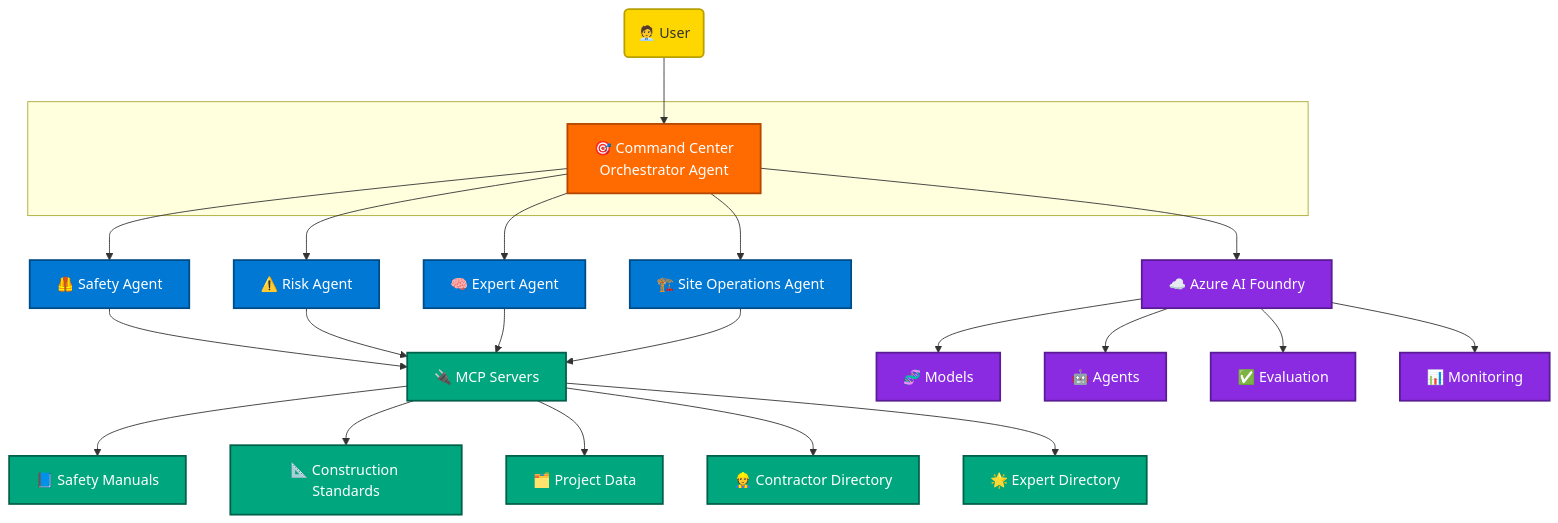
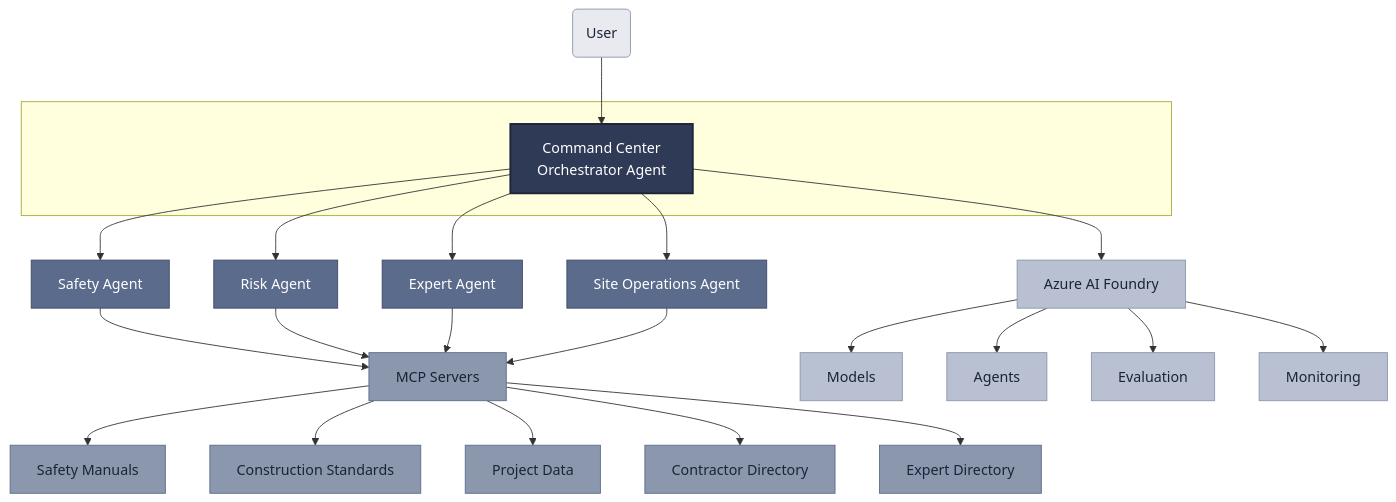
Before and after one commit to julietrajan/GitHub-Copilot-Innovation-Challenge: the diagram in readme.md, drawn with Mermaid. The commit also changed other lines of this file, not shown here.

````diff
--- a/readme.md
+++ b/readme.md
@@ -154,42 +150,42 @@
 ```mermaid
 flowchart TD
-    User("🧑‍💼 User") --> Orchestrator
+    User("User") --> Orchestrator
 
     subgraph Orchestration[" "]
-        Orchestrator["🎯 Command Center<br/>Orchestrator Agent"]
+        Orchestrator["Command Center<br/>Orchestrator Agent"]
     end
 
-    Orchestrator --> Safety["🦺 Safety Agent"]
-    Orchestrator --> Risk["⚠️ Risk Agent"]
-    Orchestrator --> Expert["🧠 Expert Agent"]
-    Orchestrator --> SiteOps["🏗️ Site Operations Agent"]
+    Orchestrator --> Safety["Safety Agent"]
+    Orchestrator --> Risk["Risk Agent"]
+    Orchestrator --> Expert["Expert Agent"]
+    Orchestrator --> SiteOps["Site Operations Agent"]
 
-    Safety --> MCP["🔌 MCP Servers"]
+    Safety --> MCP["MCP Servers"]
     Risk --> MCP
     Expert --> MCP
     SiteOps --> MCP
 
-    MCP --> Manuals["📘 Safety Manuals"]
-    MCP --> Standards["📐 Construction Standards"]
-    MCP --> ProjectData["🗂️ Project Data"]
-    MCP --> Contractors["👷 Contractor Directory"]
-    MCP --> Experts["🌟 Expert Directory"]
+    MCP --> Manuals["Safety Manuals"]
+    MCP --> Standards["Construction Standards"]
+    MCP --> ProjectData["Project Data"]
+    MCP --> Contractors["Contractor Directory"]
+    MCP --> Experts["Expert Directory"]
 
-    Orchestrator --> Foundry["☁️ Azure AI Foundry"]
-    Foundry --> Models["🧬 Models"]
-    Foundry --> Agents["🤖 Agents"]
-    Foundry --> Evaluation["✅ Evaluation"]
-    Foundry --> Monitoring["📊 Monitoring"]
+    Orchestrator --> Foundry["Azure AI Foundry"]
+    Foundry --> Models["Models"]
+    Foundry --> Agents["Agents"]
+    Foundry --> Evaluation["Evaluation"]
+    Foundry --> Monitoring["Monitoring"]
 
-    classDef orchestrator fill:#FF6B00,color:#fff,stroke:#B34700,stroke-width:2px;
-    classDef agent fill:#0078D4,color:#fff,stroke:#004C87,stroke-width:2px;
-    classDef mcp fill:#00A67E,color:#fff,stroke:#00614A,stroke-width:2px;
-    classDef foundry fill:#8A2BE2,color:#fff,stroke:#5A1B94,stroke-width:2px;
-    classDef user fill:#FFD700,color:#333,stroke:#B8A000,stroke-width:2px;
+    classDef orchestrator fill:#2F3A56,color:#fff,stroke:#1B2338,stroke-width:2px;
+    classDef agent fill:#5B6B8C,color:#fff,stroke:#3E4A63,stroke-width:1px;
+    classDef mcp fill:#8A97AD,color:#1B2338,stroke:#5B6B8C,stroke-width:1px;
+    classDef foundry fill:#B8C0D1,color:#1B2338,stroke:#8A97AD,stroke-width:1px;
+    classDef user fill:#E8EAEF,color:#1B2338,stroke:#8A97AD,stroke-width:1px;
 
     class User user;
     class Orchestrator orchestrator;
     class Safety,Risk,Expert,SiteOps agent;
     class MCP,Manuals,Standards,ProjectData,Contractors,Experts mcp;
     class Foundry,Models,Agents,Evaluation,Monitoring foundry;
 ```
````
